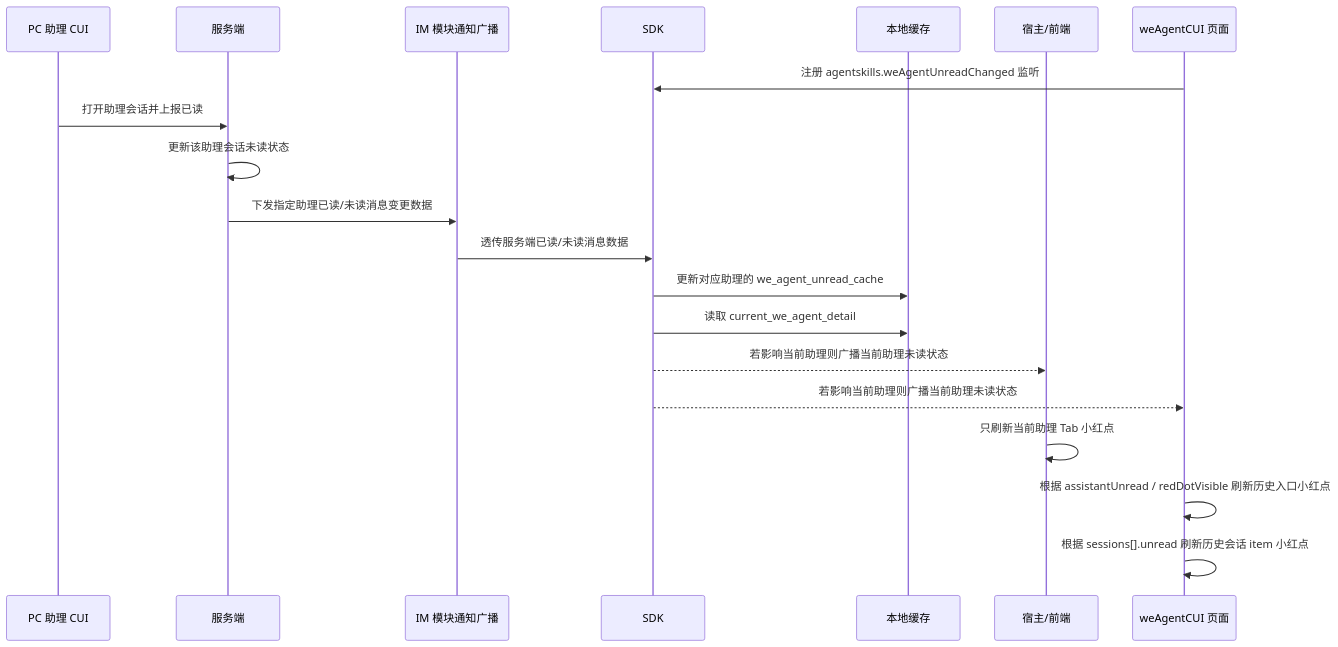
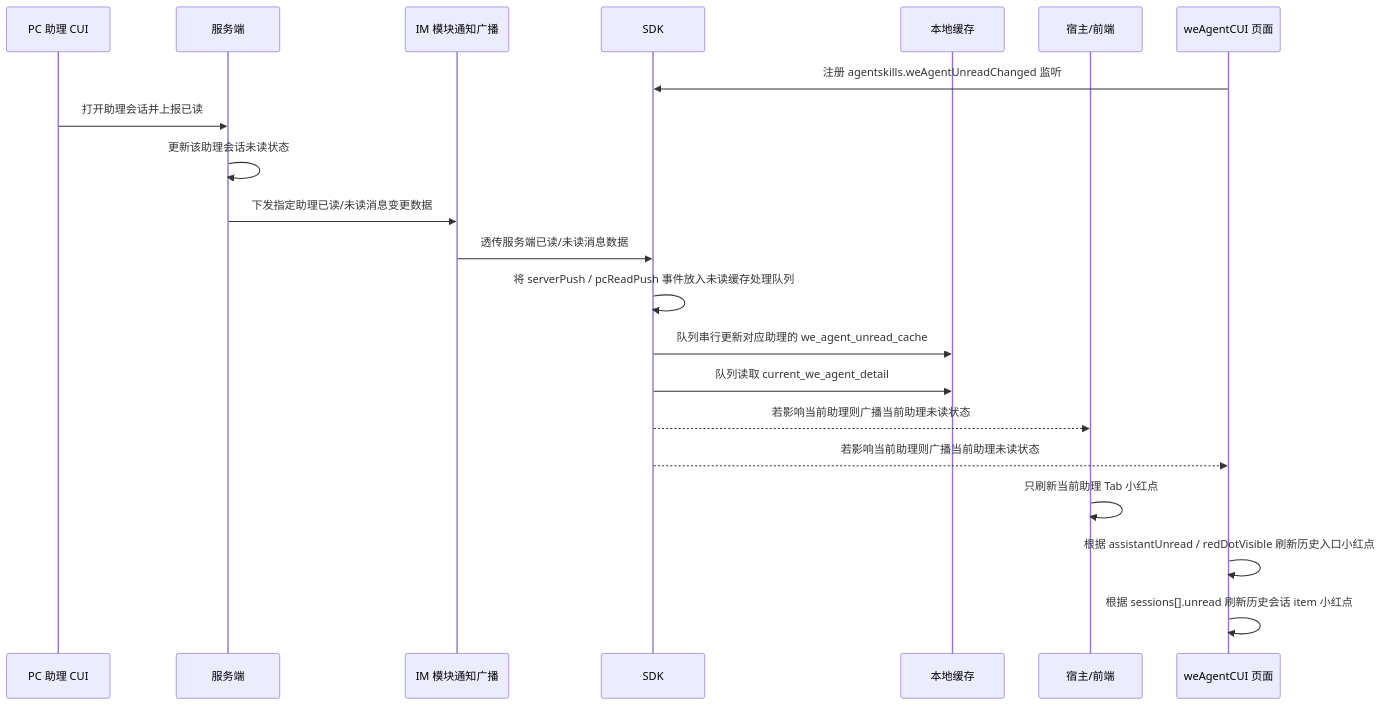
Before and after one commit to Abelsjcheng/skillSDK: the third of 6 diagrams in 2026-06-11-we-agent-tab-unread-red-dot-plan.md, drawn with Mermaid. The commit also changed other lines of this file, not shown here.

````diff
--- a/2026-06-11-we-agent-tab-unread-red-dot-plan.md
+++ b/2026-06-11-we-agent-tab-unread-red-dot-plan.md
@@ -108,23 +110,24 @@
 ```mermaid
 sequenceDiagram
     participant PC as PC 助理 CUI
     participant Server as 服务端
     participant IM as IM 模块通知广播
     participant SDK as SDK
     participant Storage as 本地缓存
     participant Host as 宿主/前端
     participant CUI as weAgentCUI 页面
 
     CUI->>SDK: 注册 agentskills.weAgentUnreadChanged 监听
     PC->>Server: 打开助理会话并上报已读
     Server->>Server: 更新该助理会话未读状态
     Server->>IM: 下发指定助理已读/未读消息变更数据
     IM->>SDK: 透传服务端已读/未读消息数据
-    SDK->>Storage: 更新对应助理的 we_agent_unread_cache
-    SDK->>Storage: 读取 current_we_agent_detail
+    SDK->>SDK: 将 serverPush / pcReadPush 事件放入未读缓存处理队列
+    SDK->>Storage: 队列串行更新对应助理的 we_agent_unread_cache
+    SDK->>Storage: 队列读取 current_we_agent_detail
     SDK-->>Host: 若影响当前助理则广播当前助理未读状态
     SDK-->>CUI: 若影响当前助理则广播当前助理未读状态
     Host->>Host: 只刷新当前助理 Tab 小红点
     CUI->>CUI: 根据 assistantUnread / redDotVisible 刷新历史入口小红点
     CUI->>CUI: 根据 sessions[].unread 刷新历史会话 item 小红点
 ```
````
